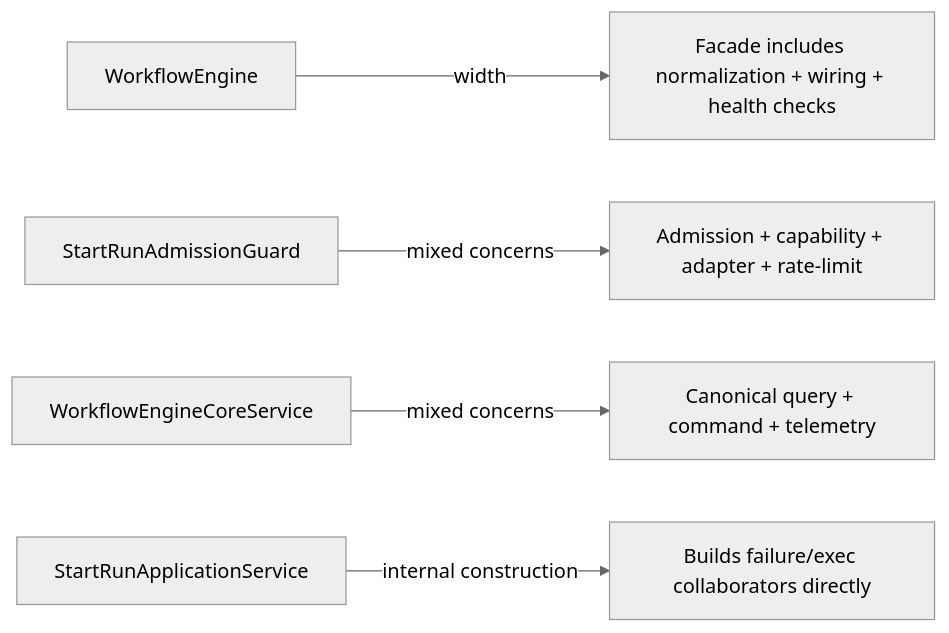
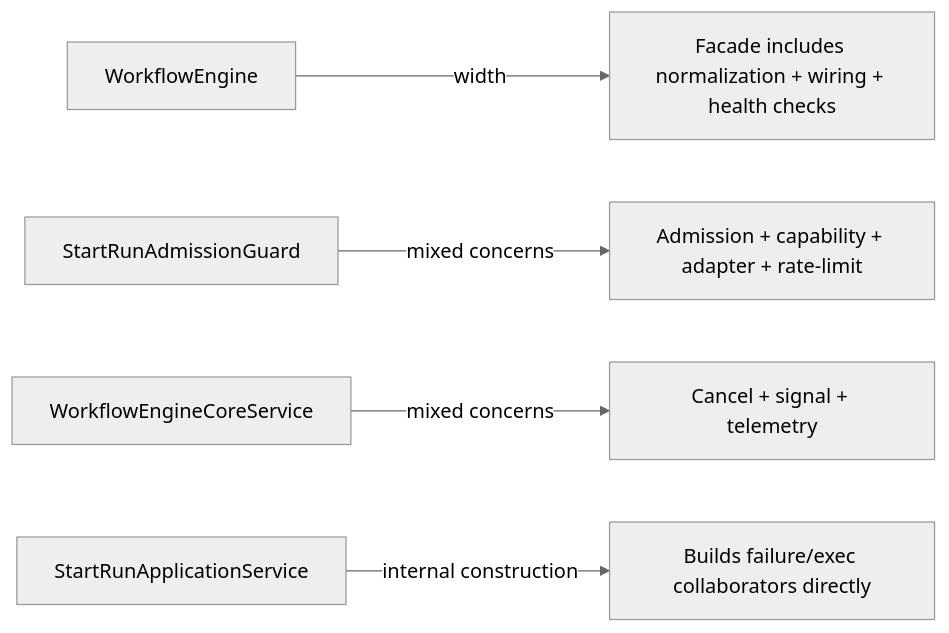
The fifth of 5 diagrams in docs/architecture/components/engine/architecture/workflow-engine-subsystem-context.md (dunay2/dvt), drawn with Mermaid (neutral theme) before and after one commit. The commit also changed other lines of this file and 14 other files, not shown here.

Commit message:
refactor(engine): Split run status query from engine core

````diff
--- a/docs/architecture/components/engine/architecture/workflow-engine-subsystem-context.md
+++ b/docs/architecture/components/engine/architecture/workflow-engine-subsystem-context.md
@@ -228,7 +234,7 @@
 ```mermaid
 flowchart LR
   WF["WorkflowEngine"] -->|width| W1["Facade includes normalization + wiring + health checks"]
   Guard["StartRunAdmissionGuard"] -->|mixed concerns| W2["Admission + capability + adapter + rate-limit"]
-  Core["WorkflowEngineCoreService"] -->|mixed concerns| W3["Canonical query + command + telemetry"]
+  Core["WorkflowEngineCoreService"] -->|mixed concerns| W3["Cancel + signal + telemetry"]
   StartRun["StartRunApplicationService"] -->|internal construction| W4["Builds failure/exec collaborators directly"]
 ```
````
